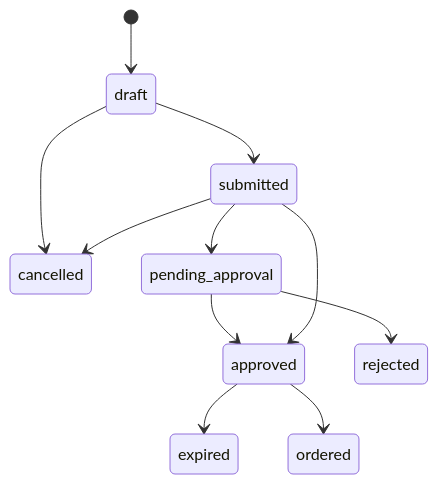
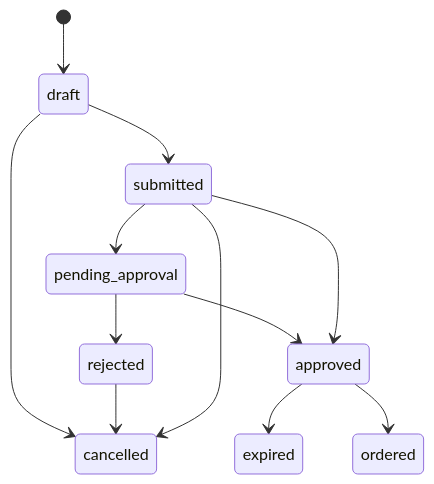
Diagram 11 of 18 in docs/04_单据状态迁移表.md (Akarin7784/machining-erp), drawn with Mermaid before and after one commit. The commit also changed other lines of this file and 15 other files, not shown here.

````diff
--- a/docs/04_单据状态迁移表.md
+++ b/docs/04_单据状态迁移表.md
@@ -146,13 +167,14 @@
 ```mermaid
 stateDiagram-v2
     [*] --> draft
     approved --> expired
     approved --> ordered
     draft --> cancelled
     draft --> submitted
     pending_approval --> approved
     pending_approval --> rejected
+    rejected --> cancelled
     submitted --> approved
     submitted --> cancelled
     submitted --> pending_approval
 ```
````
